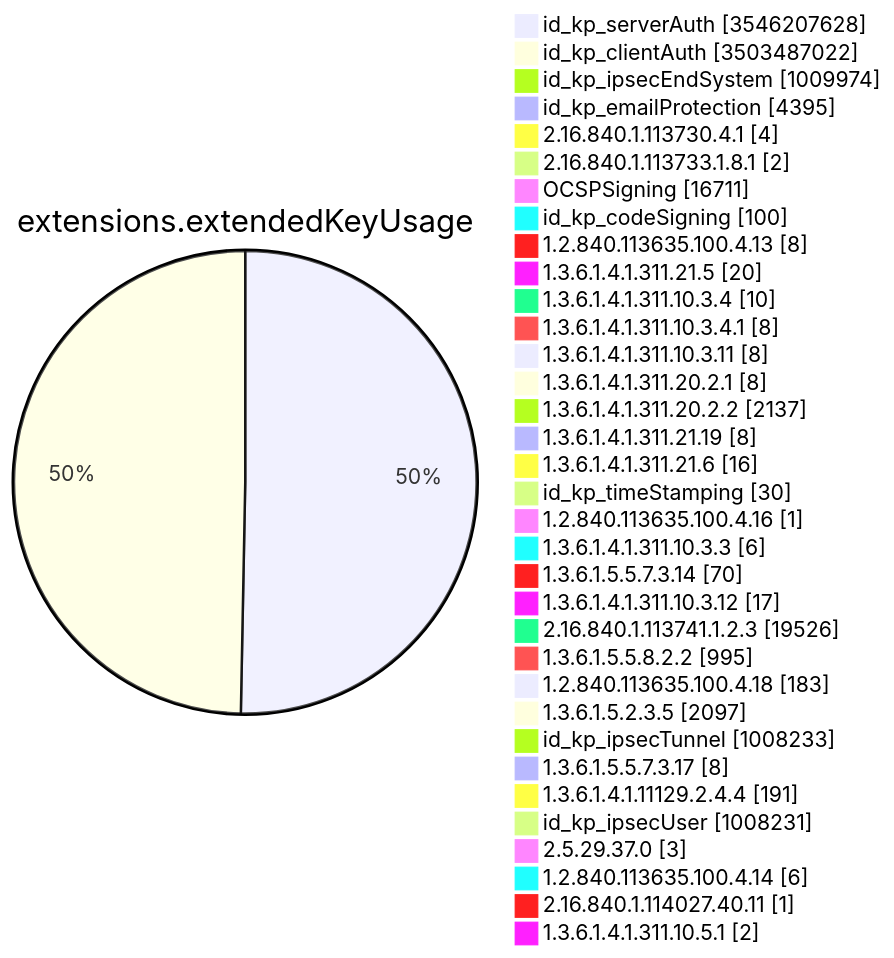
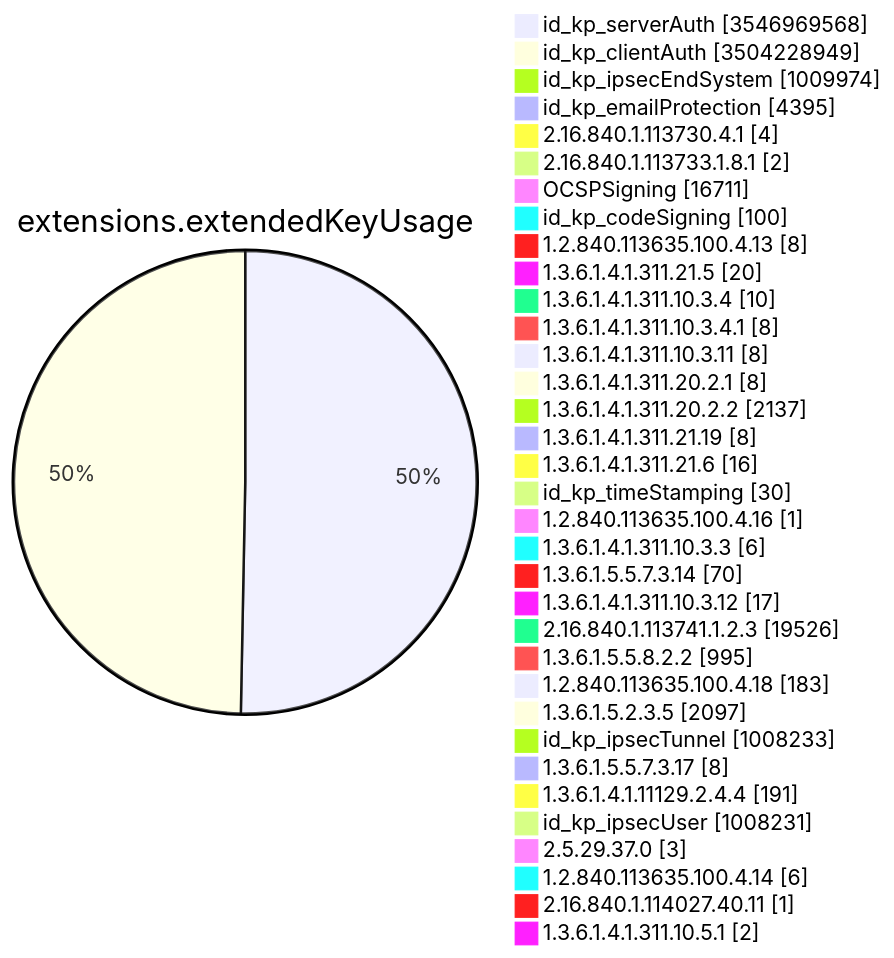
Diagram 11 of 15 in TOTAL/README.md (christiankrug/ctmonitor_visualization), drawn with Mermaid before and after one commit. The commit also changed other lines of this file, not shown here.

````diff
--- a/TOTAL/README.md
+++ b/TOTAL/README.md
@@ -4127,38 +4127,38 @@
 ```mermaid
 pie showData
 title extensions.extendedKeyUsage
-"id_kp_serverAuth" :3546207628
-"id_kp_clientAuth" :3503487022
+"id_kp_serverAuth" :3546969568
+"id_kp_clientAuth" :3504228949
 "id_kp_ipsecEndSystem" :1009974
 "id_kp_emailProtection" :4395
 "2.16.840.1.113730.4.1" :4
 "2.16.840.1.113733.1.8.1" :2
 "OCSPSigning" :16711
 "id_kp_codeSigning" :100
 "1.2.840.113635.100.4.13" :8
 "1.3.6.1.4.1.311.21.5" :20
 "1.3.6.1.4.1.311.10.3.4" :10
 "1.3.6.1.4.1.311.10.3.4.1" :8
 "1.3.6.1.4.1.311.10.3.11" :8
 "1.3.6.1.4.1.311.20.2.1" :8
 "1.3.6.1.4.1.311.20.2.2" :2137
 "1.3.6.1.4.1.311.21.19" :8
 "1.3.6.1.4.1.311.21.6" :16
 "id_kp_timeStamping" :30
 "1.2.840.113635.100.4.16" :1
 "1.3.6.1.4.1.311.10.3.3" :6
 "1.3.6.1.5.5.7.3.14" :70
 "1.3.6.1.4.1.311.10.3.12" :17
 "2.16.840.1.113741.1.2.3" :19526
 "1.3.6.1.5.5.8.2.2" :995
 "1.2.840.113635.100.4.18" :183
 "1.3.6.1.5.2.3.5" :2097
 "id_kp_ipsecTunnel" :1008233
 "1.3.6.1.5.5.7.3.17" :8
 "1.3.6.1.4.1.11129.2.4.4" :191
 "id_kp_ipsecUser" :1008231
 "2.5.29.37.0" :3
 "1.2.840.113635.100.4.14" :6
 "2.16.840.1.114027.40.11" :1
 "1.3.6.1.4.1.311.10.5.1" :2
 ```
````
